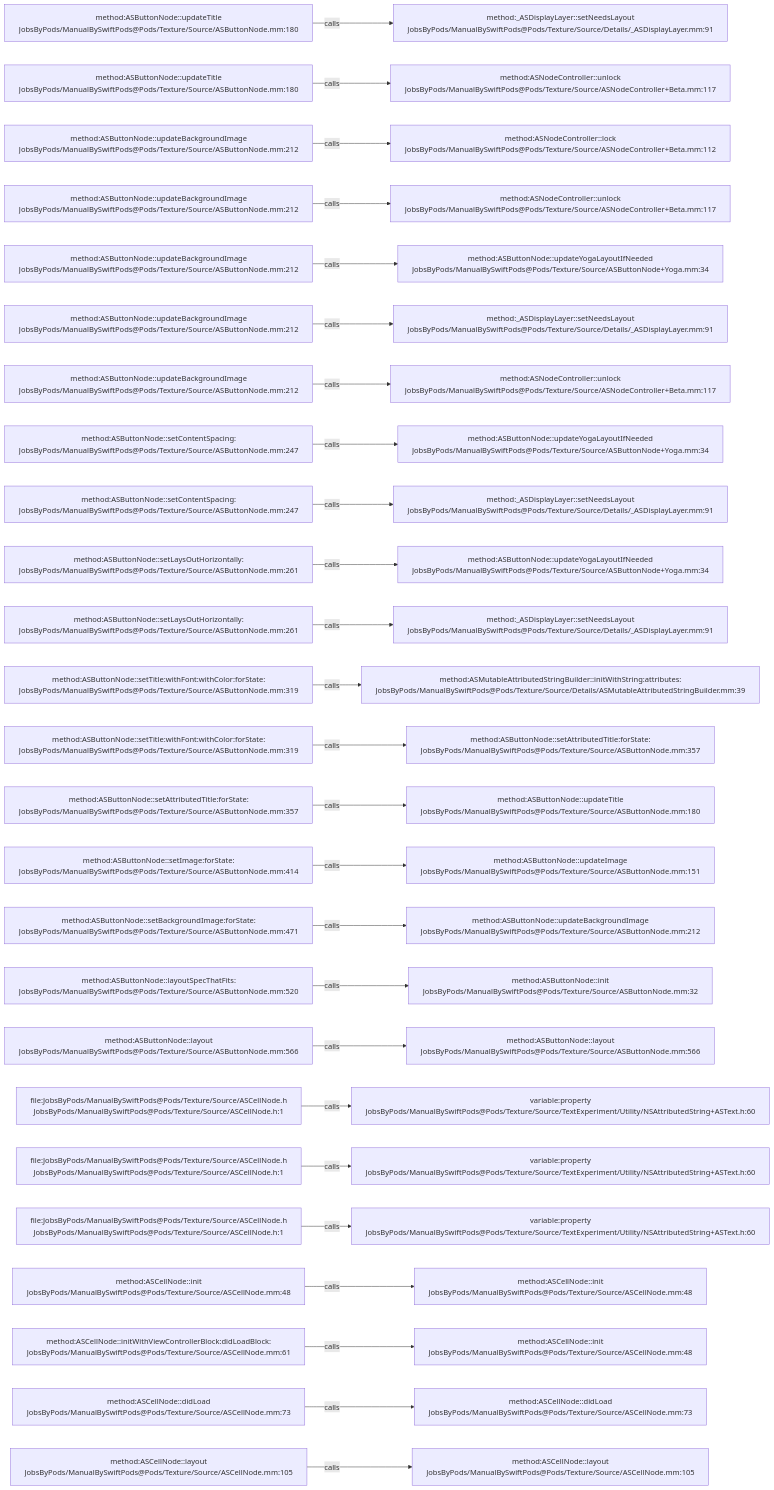
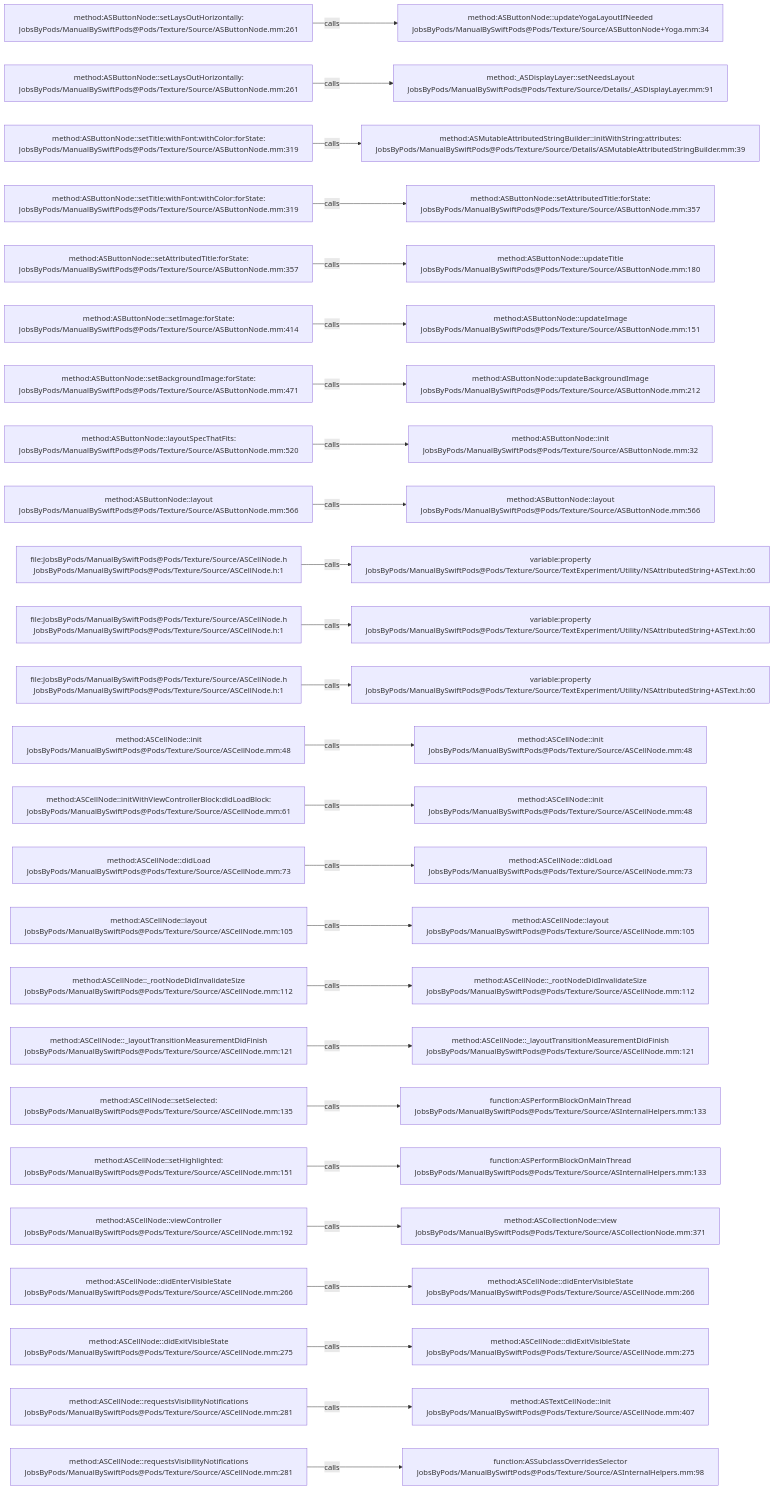
One commit to JobsKits/JobsSwiftBaseConfigDemo changed the diagram in .codegraph/codegraph.md/graphs/calls-004.md. Above: the diagram before and after it, drawn with Mermaid. The commit also changed 707 other files, not shown here.

````diff
--- a/.codegraph/codegraph.md/graphs/calls-004.md
+++ b/.codegraph/codegraph.md/graphs/calls-004.md
@@ -13,78 +13,78 @@
 ```mermaid
 flowchart LR
-  S1["method:ASButtonNode::updateTitle<br/>JobsByPods/ManualBySwiftPods@Pods/Texture/Source/ASButtonNode.mm:180"]
-  T1["method:_ASDisplayLayer::setNeedsLayout<br/>JobsByPods/ManualBySwiftPods@Pods/Texture/Source/Details/_ASDisplayLayer.mm:91"]
+  S1["method:ASButtonNode::setLaysOutHorizontally:<br/>JobsByPods/ManualBySwiftPods@Pods/Texture/Source/ASButtonNode.mm:261"]
+  T1["method:ASButtonNode::updateYogaLayoutIfNeeded<br/>JobsByPods/ManualBySwiftPods@Pods/Texture/Source/ASButtonNode+Yoga.mm:34"]
   S1 -->|calls| T1
-  S2["method:ASButtonNode::updateTitle<br/>JobsByPods/ManualBySwiftPods@Pods/Texture/Source/ASButtonNode.mm:180"]
-  T2["method:ASNodeController::unlock<br/>JobsByPods/ManualBySwiftPods@Pods/Texture/Source/ASNodeController+Beta.mm:117"]
+  S2["method:ASButtonNode::setLaysOutHorizontally:<br/>JobsByPods/ManualBySwiftPods@Pods/Texture/Source/ASButtonNode.mm:261"]
+  T2["method:_ASDisplayLayer::setNeedsLayout<br/>JobsByPods/ManualBySwiftPods@Pods/Texture/Source/Details/_ASDisplayLayer.mm:91"]
   S2 -->|calls| T2
-  S3["method:ASButtonNode::updateBackgroundImage<br/>JobsByPods/ManualBySwiftPods@Pods/Texture/Source/ASButtonNode.mm:212"]
-  T3["method:ASNodeController::lock<br/>JobsByPods/ManualBySwiftPods@Pods/Texture/Source/ASNodeController+Beta.mm:112"]
+  S3["method:ASButtonNode::setTitle:withFont:withColor:forState:<br/>JobsByPods/ManualBySwiftPods@Pods/Texture/Source/ASButtonNode.mm:319"]
+  T3["method:ASMutableAttributedStringBuilder::initWithString:attributes:<br/>JobsByPods/ManualBySwiftPods@Pods/Texture/Source/Details/ASMutableAttributedStringBuilder.mm:39"]
   S3 -->|calls| T3
-  S4["method:ASButtonNode::updateBackgroundImage<br/>JobsByPods/ManualBySwiftPods@Pods/Texture/Source/ASButtonNode.mm:212"]
-  T4["method:ASNodeController::unlock<br/>JobsByPods/ManualBySwiftPods@Pods/Texture/Source/ASNodeController+Beta.mm:117"]
+  S4["method:ASButtonNode::setTitle:withFont:withColor:forState:<br/>JobsByPods/ManualBySwiftPods@Pods/Texture/Source/ASButtonNode.mm:319"]
+  T4["method:ASButtonNode::setAttributedTitle:forState:<br/>JobsByPods/ManualBySwiftPods@Pods/Texture/Source/ASButtonNode.mm:357"]
   S4 -->|calls| T4
-  S5["method:ASButtonNode::updateBackgroundImage<br/>JobsByPods/ManualBySwiftPods@Pods/Texture/Source/ASButtonNode.mm:212"]
-  T5["method:ASButtonNode::updateYogaLayoutIfNeeded<br/>JobsByPods/ManualBySwiftPods@Pods/Texture/Source/ASButtonNode+Yoga.mm:34"]
+  S5["method:ASButtonNode::setAttributedTitle:forState:<br/>JobsByPods/ManualBySwiftPods@Pods/Texture/Source/ASButtonNode.mm:357"]
+  T5["method:ASButtonNode::updateTitle<br/>JobsByPods/ManualBySwiftPods@Pods/Texture/Source/ASButtonNode.mm:180"]
   S5 -->|calls| T5
-  S6["method:ASButtonNode::updateBackgroundImage<br/>JobsByPods/ManualBySwiftPods@Pods/Texture/Source/ASButtonNode.mm:212"]
-  T6["method:_ASDisplayLayer::setNeedsLayout<br/>JobsByPods/ManualBySwiftPods@Pods/Texture/Source/Details/_ASDisplayLayer.mm:91"]
+  S6["method:ASButtonNode::setImage:forState:<br/>JobsByPods/ManualBySwiftPods@Pods/Texture/Source/ASButtonNode.mm:414"]
+  T6["method:ASButtonNode::updateImage<br/>JobsByPods/ManualBySwiftPods@Pods/Texture/Source/ASButtonNode.mm:151"]
   S6 -->|calls| T6
-  S7["method:ASButtonNode::updateBackgroundImage<br/>JobsByPods/ManualBySwiftPods@Pods/Texture/Source/ASButtonNode.mm:212"]
-  T7["method:ASNodeController::unlock<br/>JobsByPods/ManualBySwiftPods@Pods/Texture/Source/ASNodeController+Beta.mm:117"]
+  S7["method:ASButtonNode::setBackgroundImage:forState:<br/>JobsByPods/ManualBySwiftPods@Pods/Texture/Source/ASButtonNode.mm:471"]
+  T7["method:ASButtonNode::updateBackgroundImage<br/>JobsByPods/ManualBySwiftPods@Pods/Texture/Source/ASButtonNode.mm:212"]
   S7 -->|calls| T7
-  S8["method:ASButtonNode::setContentSpacing:<br/>JobsByPods/ManualBySwiftPods@Pods/Texture/Source/ASButtonNode.mm:247"]
-  T8["method:ASButtonNode::updateYogaLayoutIfNeeded<br/>JobsByPods/ManualBySwiftPods@Pods/Texture/Source/ASButtonNode+Yoga.mm:34"]
+  S8["method:ASButtonNode::layoutSpecThatFits:<br/>JobsByPods/ManualBySwiftPods@Pods/Texture/Source/ASButtonNode.mm:520"]
+  T8["method:ASButtonNode::init<br/>JobsByPods/ManualBySwiftPods@Pods/Texture/Source/ASButtonNode.mm:32"]
   S8 -->|calls| T8
-  S9["method:ASButtonNode::setContentSpacing:<br/>JobsByPods/ManualBySwiftPods@Pods/Texture/Source/ASButtonNode.mm:247"]
-  T9["method:_ASDisplayLayer::setNeedsLayout<br/>JobsByPods/ManualBySwiftPods@Pods/Texture/Source/Details/_ASDisplayLayer.mm:91"]
+  S9["method:ASButtonNode::layout<br/>JobsByPods/ManualBySwiftPods@Pods/Texture/Source/ASButtonNode.mm:566"]
+  T9["method:ASButtonNode::layout<br/>JobsByPods/ManualBySwiftPods@Pods/Texture/Source/ASButtonNode.mm:566"]
   S9 -->|calls| T9
-  S10["method:ASButtonNode::setLaysOutHorizontally:<br/>JobsByPods/ManualBySwiftPods@Pods/Texture/Source/ASButtonNode.mm:261"]
-  T10["method:ASButtonNode::updateYogaLayoutIfNeeded<br/>JobsByPods/ManualBySwiftPods@Pods/Texture/Source/ASButtonNode+Yoga.mm:34"]
+  S10["file:JobsByPods/ManualBySwiftPods@Pods/Texture/Source/ASCellNode.h<br/>JobsByPods/ManualBySwiftPods@Pods/Texture/Source/ASCellNode.h:1"]
+  T10["variable:property<br/>JobsByPods/ManualBySwiftPods@Pods/Texture/Source/TextExperiment/Utility/NSAttributedString+ASText.h:60"]
   S10 -->|calls| T10
-  S11["method:ASButtonNode::setLaysOutHorizontally:<br/>JobsByPods/ManualBySwiftPods@Pods/Texture/Source/ASButtonNode.mm:261"]
-  T11["method:_ASDisplayLayer::setNeedsLayout<br/>JobsByPods/ManualBySwiftPods@Pods/Texture/Source/Details/_ASDisplayLayer.mm:91"]
+  S11["file:JobsByPods/ManualBySwiftPods@Pods/Texture/Source/ASCellNode.h<br/>JobsByPods/ManualBySwiftPods@Pods/Texture/Source/ASCellNode.h:1"]
+  T11["variable:property<br/>JobsByPods/ManualBySwiftPods@Pods/Texture/Source/TextExperiment/Utility/NSAttributedString+ASText.h:60"]
   S11 -->|calls| T11
-  S12["method:ASButtonNode::setTitle:withFont:withColor:forState:<br/>JobsByPods/ManualBySwiftPods@Pods/Texture/Source/ASButtonNode.mm:319"]
-  T12["method:ASMutableAttributedStringBuilder::initWithString:attributes:<br/>JobsByPods/ManualBySwiftPods@Pods/Texture/Source/Details/ASMutableAttributedStringBuilder.mm:39"]
+  S12["file:JobsByPods/ManualBySwiftPods@Pods/Texture/Source/ASCellNode.h<br/>JobsByPods/ManualBySwiftPods@Pods/Texture/Source/ASCellNode.h:1"]
+  T12["variable:property<br/>JobsByPods/ManualBySwiftPods@Pods/Texture/Source/TextExperiment/Utility/NSAttributedString+ASText.h:60"]
   S12 -->|calls| T12
-  S13["method:ASButtonNode::setTitle:withFont:withColor:forState:<br/>JobsByPods/ManualBySwiftPods@Pods/Texture/Source/ASButtonNode.mm:319"]
-  T13["method:ASButtonNode::setAttributedTitle:forState:<br/>JobsByPods/ManualBySwiftPods@Pods/Texture/Source/ASButtonNode.mm:357"]
+  S13["method:ASCellNode::init<br/>JobsByPods/ManualBySwiftPods@Pods/Texture/Source/ASCellNode.mm:48"]
+  T13["method:ASCellNode::init<br/>JobsByPods/ManualBySwiftPods@Pods/Texture/Source/ASCellNode.mm:48"]
   S13 -->|calls| T13
-  S14["method:ASButtonNode::setAttributedTitle:forState:<br/>JobsByPods/ManualBySwiftPods@Pods/Texture/Source/ASButtonNode.mm:357"]
-  T14["method:ASButtonNode::updateTitle<br/>JobsByPods/ManualBySwiftPods@Pods/Texture/Source/ASButtonNode.mm:180"]
+  S14["method:ASCellNode::initWithViewControllerBlock:didLoadBlock:<br/>JobsByPods/ManualBySwiftPods@Pods/Texture/Source/ASCellNode.mm:61"]
+  T14["method:ASCellNode::init<br/>JobsByPods/ManualBySwiftPods@Pods/Texture/Source/ASCellNode.mm:48"]
   S14 -->|calls| T14
-  S15["method:ASButtonNode::setImage:forState:<br/>JobsByPods/ManualBySwiftPods@Pods/Texture/Source/ASButtonNode.mm:414"]
-  T15["method:ASButtonNode::updateImage<br/>JobsByPods/ManualBySwiftPods@Pods/Texture/Source/ASButtonNode.mm:151"]
+  S15["method:ASCellNode::didLoad<br/>JobsByPods/ManualBySwiftPods@Pods/Texture/Source/ASCellNode.mm:73"]
+  T15["method:ASCellNode::didLoad<br/>JobsByPods/ManualBySwiftPods@Pods/Texture/Source/ASCellNode.mm:73"]
   S15 -->|calls| T15
-  S16["method:ASButtonNode::setBackgroundImage:forState:<br/>JobsByPods/ManualBySwiftPods@Pods/Texture/Source/ASButtonNode.mm:471"]
-  T16["method:ASButtonNode::updateBackgroundImage<br/>JobsByPods/ManualBySwiftPods@Pods/Texture/Source/ASButtonNode.mm:212"]
+  S16["method:ASCellNode::layout<br/>JobsByPods/ManualBySwiftPods@Pods/Texture/Source/ASCellNode.mm:105"]
+  T16["method:ASCellNode::layout<br/>JobsByPods/ManualBySwiftPods@Pods/Texture/Source/ASCellNode.mm:105"]
   S16 -->|calls| T16
-  S17["method:ASButtonNode::layoutSpecThatFits:<br/>JobsByPods/ManualBySwiftPods@Pods/Texture/Source/ASButtonNode.mm:520"]
-  T17["method:ASButtonNode::init<br/>JobsByPods/ManualBySwiftPods@Pods/Texture/Source/ASButtonNode.mm:32"]
+  S17["method:ASCellNode::_rootNodeDidInvalidateSize<br/>JobsByPods/ManualBySwiftPods@Pods/Texture/Source/ASCellNode.mm:112"]
+  T17["method:ASCellNode::_rootNodeDidInvalidateSize<br/>JobsByPods/ManualBySwiftPods@Pods/Texture/Source/ASCellNode.mm:112"]
   S17 -->|calls| T17
-  S18["method:ASButtonNode::layout<br/>JobsByPods/ManualBySwiftPods@Pods/Texture/Source/ASButtonNode.mm:566"]
-  T18["method:ASButtonNode::layout<br/>JobsByPods/ManualBySwiftPods@Pods/Texture/Source/ASButtonNode.mm:566"]
+  S18["method:ASCellNode::_layoutTransitionMeasurementDidFinish<br/>JobsByPods/ManualBySwiftPods@Pods/Texture/Source/ASCellNode.mm:121"]
+  T18["method:ASCellNode::_layoutTransitionMeasurementDidFinish<br/>JobsByPods/ManualBySwiftPods@Pods/Texture/Source/ASCellNode.mm:121"]
   S18 -->|calls| T18
-  S19["file:JobsByPods/ManualBySwiftPods@Pods/Texture/Source/ASCellNode.h<br/>JobsByPods/ManualBySwiftPods@Pods/Texture/Source/ASCellNode.h:1"]
-  T19["variable:property<br/>JobsByPods/ManualBySwiftPods@Pods/Texture/Source/TextExperiment/Utility/NSAttributedString+ASText.h:60"]
+  S19["method:ASCellNode::setSelected:<br/>JobsByPods/ManualBySwiftPods@Pods/Texture/Source/ASCellNode.mm:135"]
+  T19["function:ASPerformBlockOnMainThread<br/>JobsByPods/ManualBySwiftPods@Pods/Texture/Source/ASInternalHelpers.mm:133"]
   S19 -->|calls| T19
-  S20["file:JobsByPods/ManualBySwiftPods@Pods/Texture/Source/ASCellNode.h<br/>JobsByPods/ManualBySwiftPods@Pods/Texture/Source/ASCellNode.h:1"]
-  T20["variable:property<br/>JobsByPods/ManualBySwiftPods@Pods/Texture/Source/TextExperiment/Utility/NSAttributedString+ASText.h:60"]
+  S20["method:ASCellNode::setHighlighted:<br/>JobsByPods/ManualBySwiftPods@Pods/Texture/Source/ASCellNode.mm:151"]
+  T20["function:ASPerformBlockOnMainThread<br/>JobsByPods/ManualBySwiftPods@Pods/Texture/Source/ASInternalHelpers.mm:133"]
   S20 -->|calls| T20
-  S21["file:JobsByPods/ManualBySwiftPods@Pods/Texture/Source/ASCellNode.h<br/>JobsByPods/ManualBySwiftPods@Pods/Texture/Source/ASCellNode.h:1"]
-  T21["variable:property<br/>JobsByPods/ManualBySwiftPods@Pods/Texture/Source/TextExperiment/Utility/NSAttributedString+ASText.h:60"]
+  S21["method:ASCellNode::viewController<br/>JobsByPods/ManualBySwiftPods@Pods/Texture/Source/ASCellNode.mm:192"]
+  T21["method:ASCollectionNode::view<br/>JobsByPods/ManualBySwiftPods@Pods/Texture/Source/ASCollectionNode.mm:371"]
   S21 -->|calls| T21
-  S22["method:ASCellNode::init<br/>JobsByPods/ManualBySwiftPods@Pods/Texture/Source/ASCellNode.mm:48"]
-  T22["method:ASCellNode::init<br/>JobsByPods/ManualBySwiftPods@Pods/Texture/Source/ASCellNode.mm:48"]
+  S22["method:ASCellNode::didEnterVisibleState<br/>JobsByPods/ManualBySwiftPods@Pods/Texture/Source/ASCellNode.mm:266"]
+  T22["method:ASCellNode::didEnterVisibleState<br/>JobsByPods/ManualBySwiftPods@Pods/Texture/Source/ASCellNode.mm:266"]
   S22 -->|calls| T22
-  S23["method:ASCellNode::initWithViewControllerBlock:didLoadBlock:<br/>JobsByPods/ManualBySwiftPods@Pods/Texture/Source/ASCellNode.mm:61"]
-  T23["method:ASCellNode::init<br/>JobsByPods/ManualBySwiftPods@Pods/Texture/Source/ASCellNode.mm:48"]
+  S23["method:ASCellNode::didExitVisibleState<br/>JobsByPods/ManualBySwiftPods@Pods/Texture/Source/ASCellNode.mm:275"]
+  T23["method:ASCellNode::didExitVisibleState<br/>JobsByPods/ManualBySwiftPods@Pods/Texture/Source/ASCellNode.mm:275"]
   S23 -->|calls| T23
-  S24["method:ASCellNode::didLoad<br/>JobsByPods/ManualBySwiftPods@Pods/Texture/Source/ASCellNode.mm:73"]
-  T24["method:ASCellNode::didLoad<br/>JobsByPods/ManualBySwiftPods@Pods/Texture/Source/ASCellNode.mm:73"]
+  S24["method:ASCellNode::requestsVisibilityNotifications<br/>JobsByPods/ManualBySwiftPods@Pods/Texture/Source/ASCellNode.mm:281"]
+  T24["method:ASTextCellNode::init<br/>JobsByPods/ManualBySwiftPods@Pods/Texture/Source/ASCellNode.mm:407"]
   S24 -->|calls| T24
-  S25["method:ASCellNode::layout<br/>JobsByPods/ManualBySwiftPods@Pods/Texture/Source/ASCellNode.mm:105"]
-  T25["method:ASCellNode::layout<br/>JobsByPods/ManualBySwiftPods@Pods/Texture/Source/ASCellNode.mm:105"]
+  S25["method:ASCellNode::requestsVisibilityNotifications<br/>JobsByPods/ManualBySwiftPods@Pods/Texture/Source/ASCellNode.mm:281"]
+  T25["function:ASSubclassOverridesSelector<br/>JobsByPods/ManualBySwiftPods@Pods/Texture/Source/ASInternalHelpers.mm:98"]
   S25 -->|calls| T25
 ```
````
